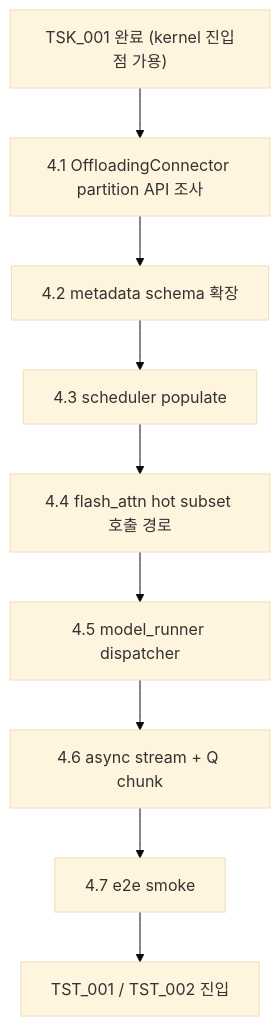
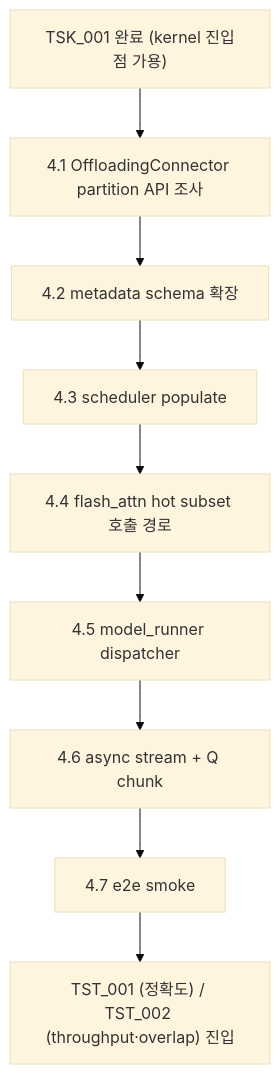
Before and after one commit to mystous/vllm_hybrid: the diagram in shadow_assists/features/IDE_006/TSK_002.md, drawn with Mermaid (base theme). The commit also changed other lines of this file and 7 other files, not shown here.

````diff
--- a/shadow_assists/features/IDE_006/TSK_002.md
+++ b/shadow_assists/features/IDE_006/TSK_002.md
@@ -132,12 +132,12 @@
 ```mermaid
 flowchart TB
     T1["TSK_001 완료 (kernel 진입점 가용)"]
     T1 --> S0["4.1 OffloadingConnector partition API 조사"]
     S0 --> S1["4.2 metadata schema 확장"]
     S1 --> S2["4.3 scheduler populate"]
     S2 --> S3["4.4 flash_attn hot subset 호출 경로"]
     S3 --> S4["4.5 model_runner dispatcher"]
     S4 --> S5["4.6 async stream + Q chunk"]
     S5 --> S6["4.7 e2e smoke"]
-    S6 --> TST["TST_001 / TST_002 진입"]
+    S6 --> TST["TST_001 (정확도) / TST_002 (throughput·overlap) 진입"]
 ```
````
